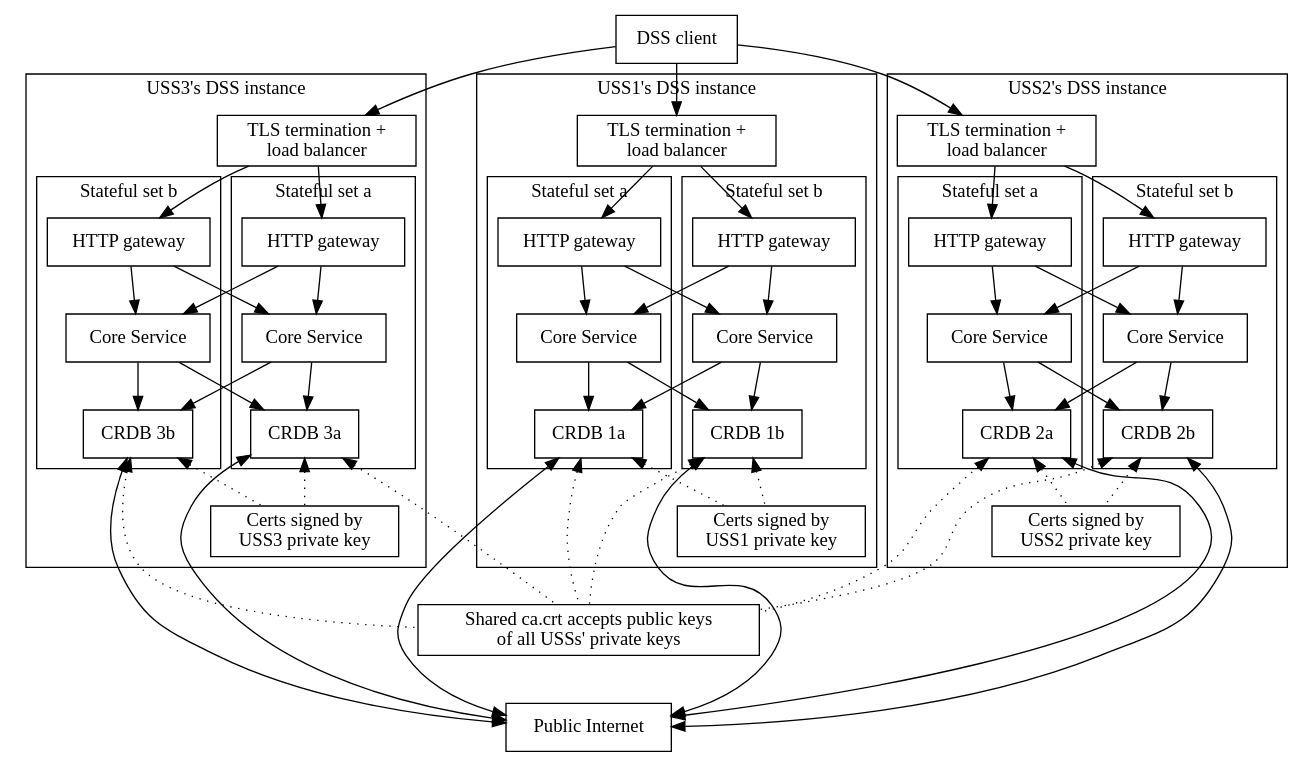
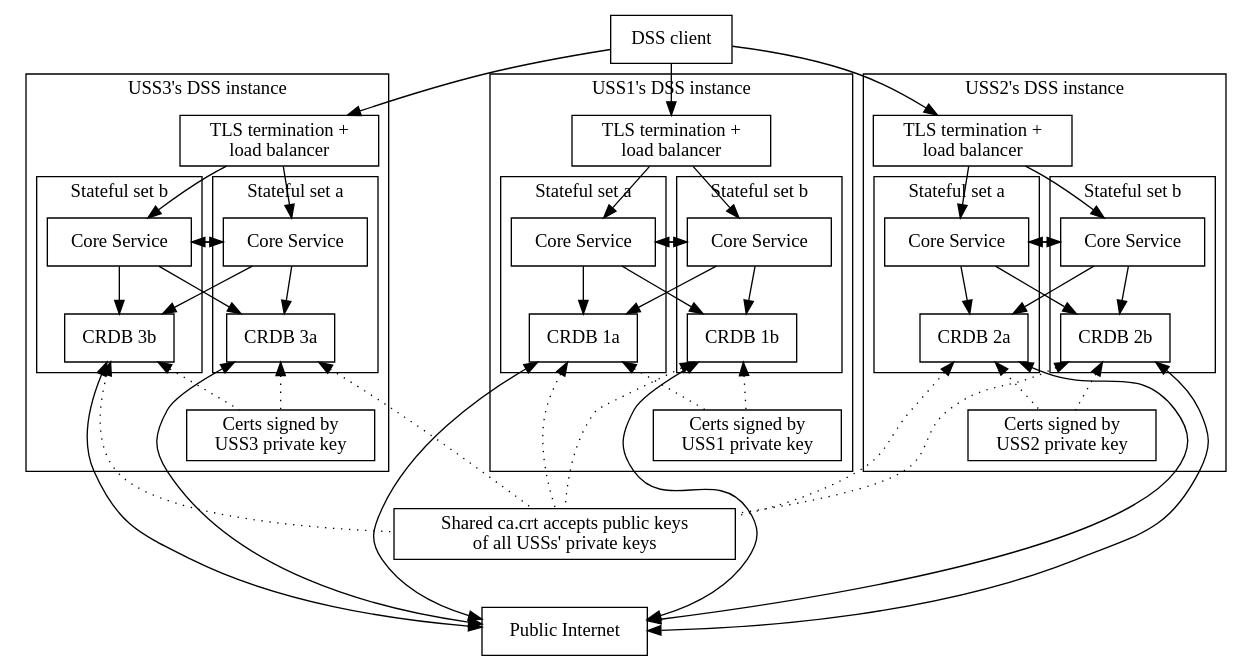
One commit to interuss/dss changed the diagram in assets/pool_architecture.gv. Above: the diagram before and after it, drawn with Graphviz. The commit also changed 12 other files, not shown here.

Commit message:
#822 gRPC layer removal: update tanka deployment; update doc and some diagrams

```diff
--- a/assets/pool_architecture.gv
+++ b/assets/pool_architecture.gv
@@ -1,114 +1,108 @@
 // To render:
 //   dot -Tpng -ogenerated/pool_architecture.png pool_architecture.gv
 digraph G {
     node [shape=box];
 
     DSSClient [label="DSS client"]
 
     LoadBalancer1 [label="TLS termination +\nload balancer"]
-    HTTPGateway1a [label="HTTP gateway"];
-    HTTPGateway1b [label="HTTP gateway"];
     CoreService1a [label="Core Service"];
     CoreService1b [label="Core Service"];
     CRDB1a [label="CRDB 1a"];
     CRDB1b [label="CRDB 1b"];
     PrivateKey1 [label="Certs signed by\nUSS1 private key"]
 
     LoadBalancer2 [label="TLS termination +\nload balancer"]
-    HTTPGateway2a [label="HTTP gateway"];
-    HTTPGateway2b [label="HTTP gateway"];
     CoreService2a [label="Core Service"];
     CoreService2b [label="Core Service"];
     CRDB2a [label="CRDB 2a"];
     CRDB2b [label="CRDB 2b"];
     PrivateKey2 [label="Certs signed by\nUSS2 private key"]
 
     LoadBalancer3 [label="TLS termination +\nload balancer"]
-    HTTPGateway3a [label="HTTP gateway"];
-    HTTPGateway3b [label="HTTP gateway"];
     CoreService3a [label="Core Service"];
     CoreService3b [label="Core Service"];
     CRDB3a [label="CRDB 3a"];
     CRDB3b [label="CRDB 3b"];
     PrivateKey3 [label="Certs signed by\nUSS3 private key"]
 
     Certs [label="Shared ca.crt accepts public keys\nof all USSs' private keys"];
     PublicInternet [label="Public Internet"];
 
     subgraph cluster_0 {
     label="USS1's DSS instance"
     subgraph cluster_1 {
     label="Stateful set a";
-    HTTPGateway1a -> CoreService1a -> CRDB1a;
+    CoreService1a -> CRDB1a;
     }
     subgraph cluster_2 {
     label="Stateful set b";
-    HTTPGateway1b -> CoreService1b -> CRDB1b;
+    CoreService1b -> CRDB1b;
     }
     CRDB1a -> PrivateKey1 [dir=back,style=dotted];
     CRDB1b -> PrivateKey1 [dir=back,style=dotted];
-    HTTPGateway1a -> CoreService1b -> CRDB1a;
-    HTTPGateway1b -> CoreService1a -> CRDB1b;
-    LoadBalancer1 -> HTTPGateway1a
-    LoadBalancer1 -> HTTPGateway1b
+    CoreService1a -> CoreService1b -> CRDB1a;
+    CoreService1b -> CoreService1a -> CRDB1b;
+    LoadBalancer1 -> CoreService1a
+    LoadBalancer1 -> CoreService1b
     }
 
     subgraph cluster_4 {
     label="USS2's DSS instance"
     subgraph cluster_5 {
     label="Stateful set a";
-    HTTPGateway2a -> CoreService2a -> CRDB2a;
+    CoreService2a -> CRDB2a;
     }
     subgraph cluster_6 {
     label="Stateful set b";
-    HTTPGateway2b -> CoreService2b -> CRDB2b;
+    CoreService2b -> CRDB2b;
     }
     CRDB2a -> PrivateKey2 [dir=back,style=dotted];
     CRDB2b -> PrivateKey2 [dir=back,style=dotted];
-    HTTPGateway2a -> CoreService2b -> CRDB2a;
-    HTTPGateway2b -> CoreService2a -> CRDB2b;
-    LoadBalancer2 -> HTTPGateway2a
-    LoadBalancer2 -> HTTPGateway2b
+    CoreService2a -> CoreService2b -> CRDB2a;
+    CoreService2b -> CoreService2a -> CRDB2b;
+    LoadBalancer2 -> CoreService2a
+    LoadBalancer2 -> CoreService2b
     }
 
     subgraph cluster_8 {
     label="USS3's DSS instance"
     subgraph cluster_9 {
     label="Stateful set a";
-    HTTPGateway3a -> CoreService3a -> CRDB3a;
+    CoreService3a -> CRDB3a;
     }
     subgraph cluster_10 {
     label="Stateful set b";
-    HTTPGateway3b -> CoreService3b -> CRDB3b;
+    CoreService3b -> CRDB3b;
     }
     CRDB3a -> PrivateKey3 [dir=back,style=dotted];
     CRDB3b -> PrivateKey3 [dir=back,style=dotted];
-    HTTPGateway3a -> CoreService3b -> CRDB3a;
-    HTTPGateway3b -> CoreService3a -> CRDB3b;
-    LoadBalancer3 -> HTTPGateway3a
-    LoadBalancer3 -> HTTPGateway3b
+    CoreService3a -> CoreService3b -> CRDB3a;
+    CoreService3b -> CoreService3a -> CRDB3b;
+    LoadBalancer3 -> CoreService3a
+    LoadBalancer3 -> CoreService3b
     }
 
     DSSClient -> LoadBalancer1;
     DSSClient -> LoadBalancer2;
     DSSClient -> LoadBalancer3;
 
     CRDB1a -> Certs [dir=back,style=dotted];
     CRDB1b -> Certs [dir=back,style=dotted];
     CRDB2a -> Certs [dir=back,style=dotted];
     CRDB2b -> Certs [dir=back,style=dotted];
     CRDB3a -> Certs [dir=back,style=dotted];
     CRDB3b -> Certs [dir=back,style=dotted];
 
     CRDB1a -> PublicInternet [dir=both];
     CRDB1b -> PublicInternet [dir=both];
     CRDB2a -> PublicInternet [dir=both];
     CRDB2b -> PublicInternet [dir=both];
     CRDB3a -> PublicInternet [dir=both];
     CRDB3b -> PublicInternet [dir=both];
 
     PrivateKey1 -> Certs [dir=none,color=transparent];
     PrivateKey2 -> Certs [dir=none,color=transparent];
     PrivateKey3 -> Certs [dir=none,color=transparent];
     Certs -> PublicInternet [dir=none,color=transparent];
 }
```
